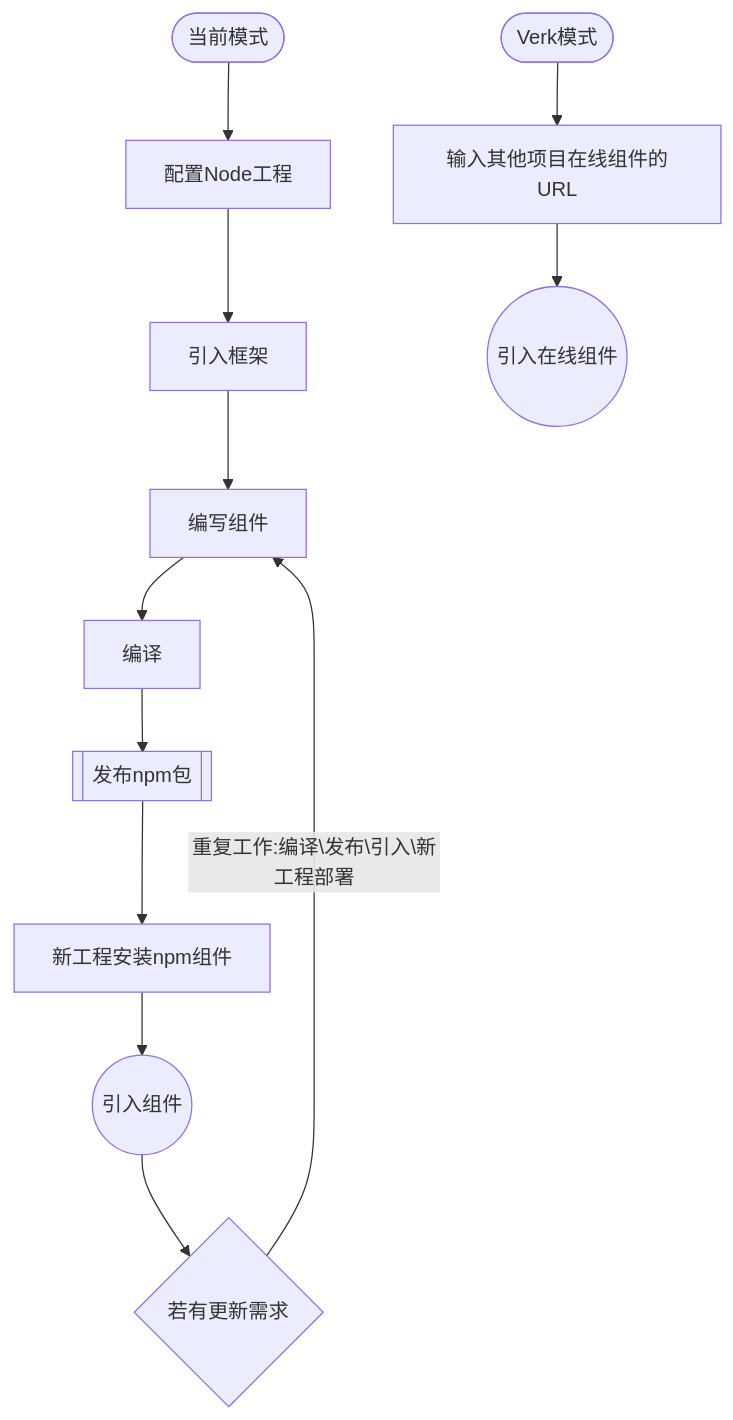
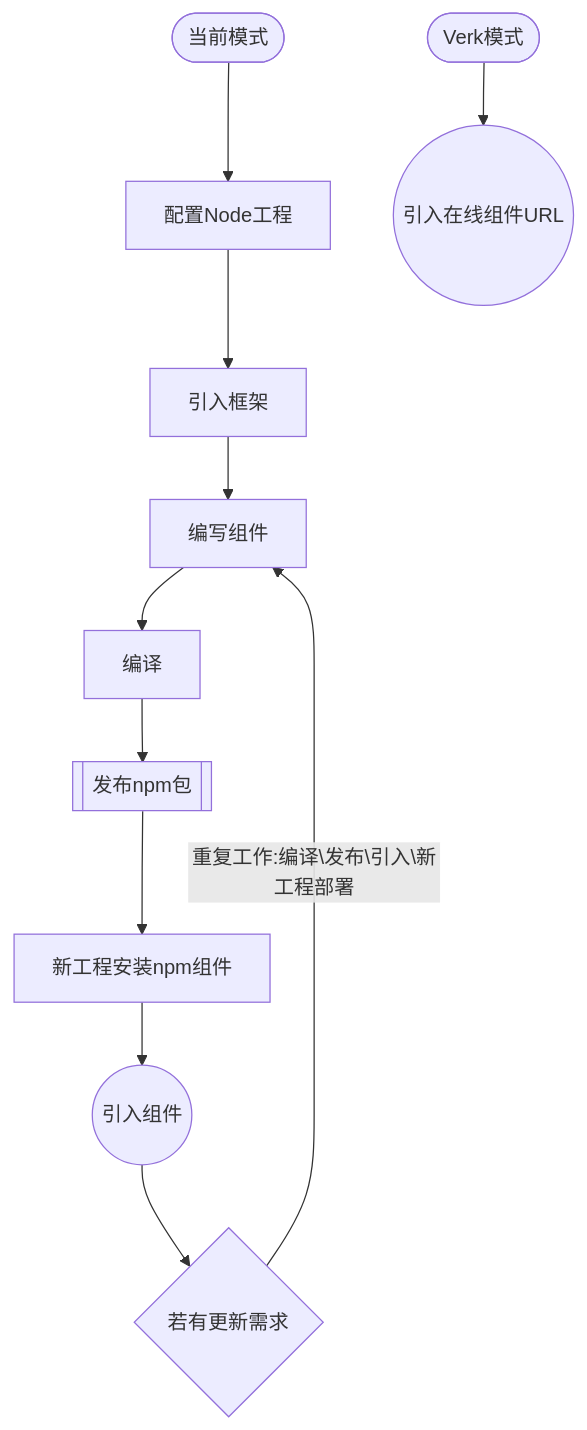
The second of 3 diagrams in webside/templates/home.md (ymzuiku/verk), drawn with Mermaid before and after one commit. The commit also changed other lines of this file and 2 other files, not shown here.

````diff
--- a/webside/templates/home.md
+++ b/webside/templates/home.md
@@ -46,8 +48,8 @@
 ```mermaid
 graph TD;
   A1([当前模式])-->配置Node工程-->引入框架-->编写组件-->编译-->npm[[发布npm包]]
   npm-->新工程安装npm组件-->A2((引入组件))
   A3{若有更新需求}-- 重复工作:编译\发布\引入\新工程部署 -->编写组件
   A2-->A3
-  B1([Verk模式])-->输入其他项目在线组件的URL-->B2((引入在线组件))
+  B1([Verk模式])-->B2((引入在线组件URL))
 ```
````
